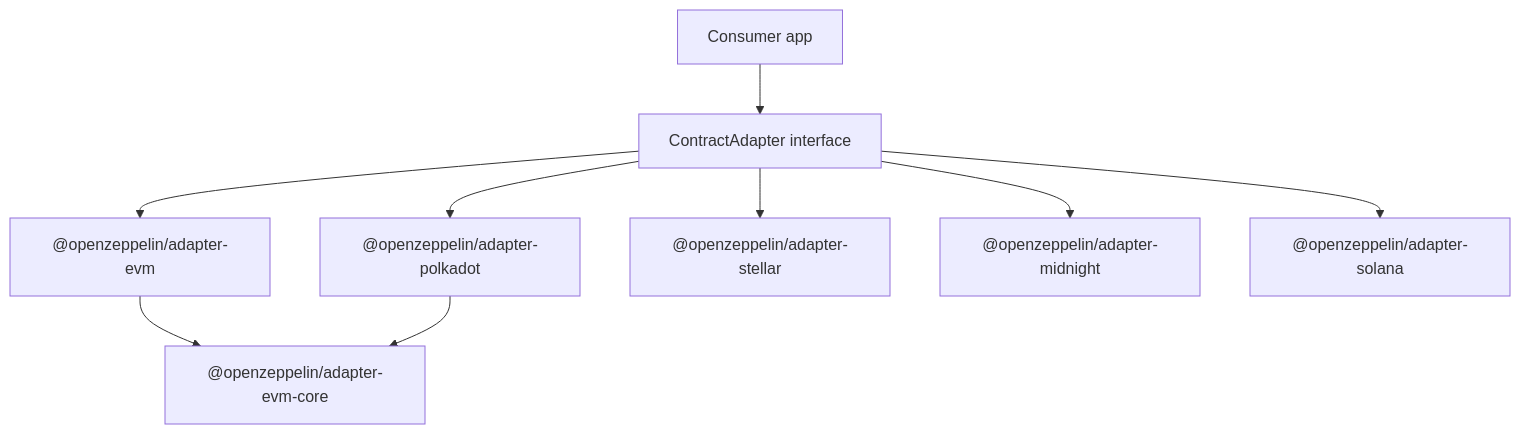
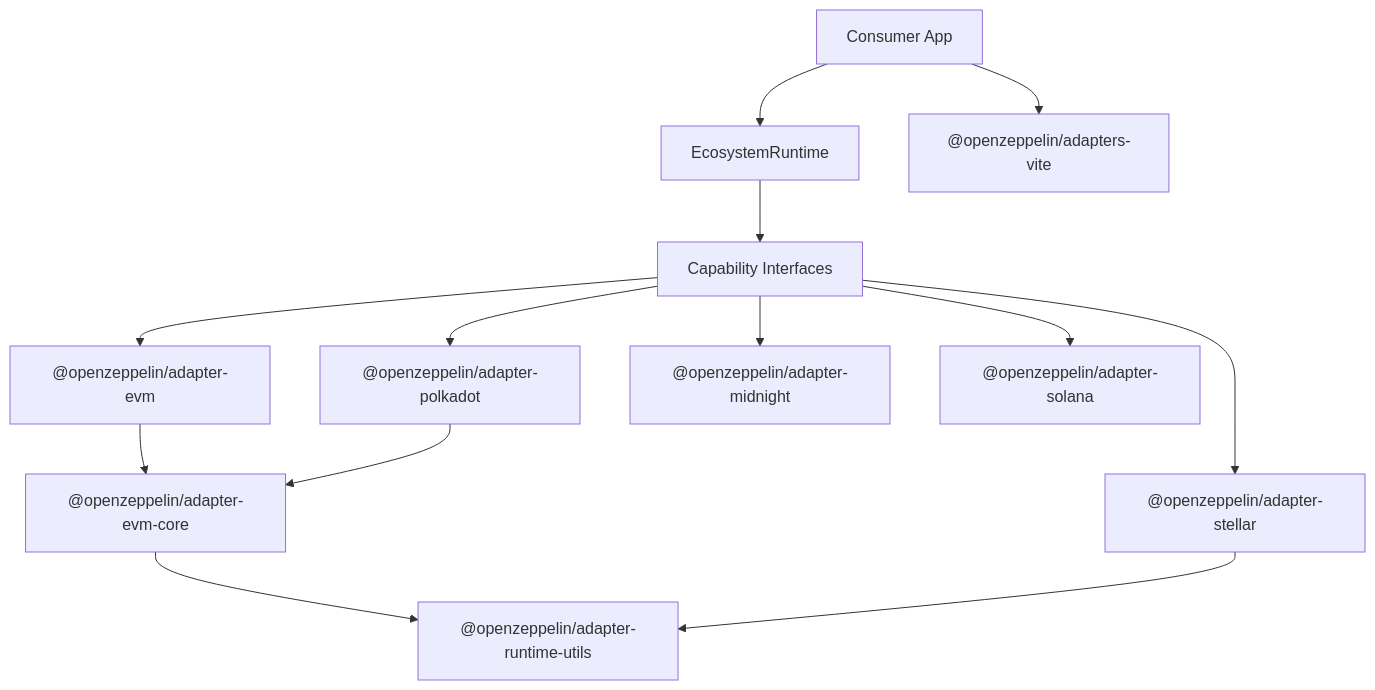
The diagram in README.md (OpenZeppelin/openzeppelin-adapters), drawn with Mermaid before and after one commit. The commit also changed other lines of this file and 7 other files, not shown here.

````diff
--- a/README.md
+++ b/README.md
@@ -101,11 +115,15 @@
 ```mermaid
 flowchart TD
-    App[Consumer app] --> Interface[ContractAdapter interface]
-    Interface --> EVM["@openzeppelin/adapter-evm"]
-    Interface --> Polkadot["@openzeppelin/adapter-polkadot"]
-    Interface --> Stellar["@openzeppelin/adapter-stellar"]
-    Interface --> Midnight["@openzeppelin/adapter-midnight"]
-    Interface --> Solana["@openzeppelin/adapter-solana"]
+    App[Consumer App] --> Runtime[EcosystemRuntime]
+    Runtime --> Caps[Capability Interfaces]
+    Caps --> EVM["@openzeppelin/adapter-evm"]
+    Caps --> Polkadot["@openzeppelin/adapter-polkadot"]
+    Caps --> Stellar["@openzeppelin/adapter-stellar"]
+    Caps --> Midnight["@openzeppelin/adapter-midnight"]
+    Caps --> Solana["@openzeppelin/adapter-solana"]
+    App --> AdaptersVite["@openzeppelin/adapters-vite"]
     EVM --> Core["@openzeppelin/adapter-evm-core"]
     Polkadot --> Core
+    Core --> Utils["@openzeppelin/adapter-runtime-utils"]
+    Stellar --> Utils
 ```
````
